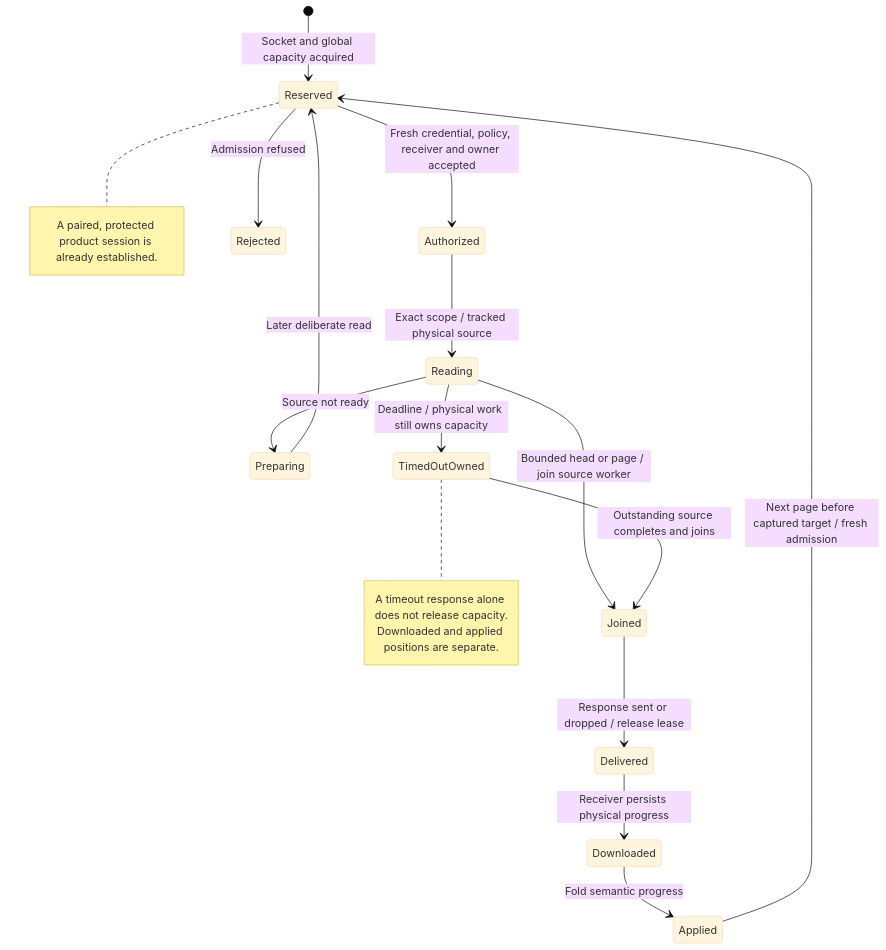
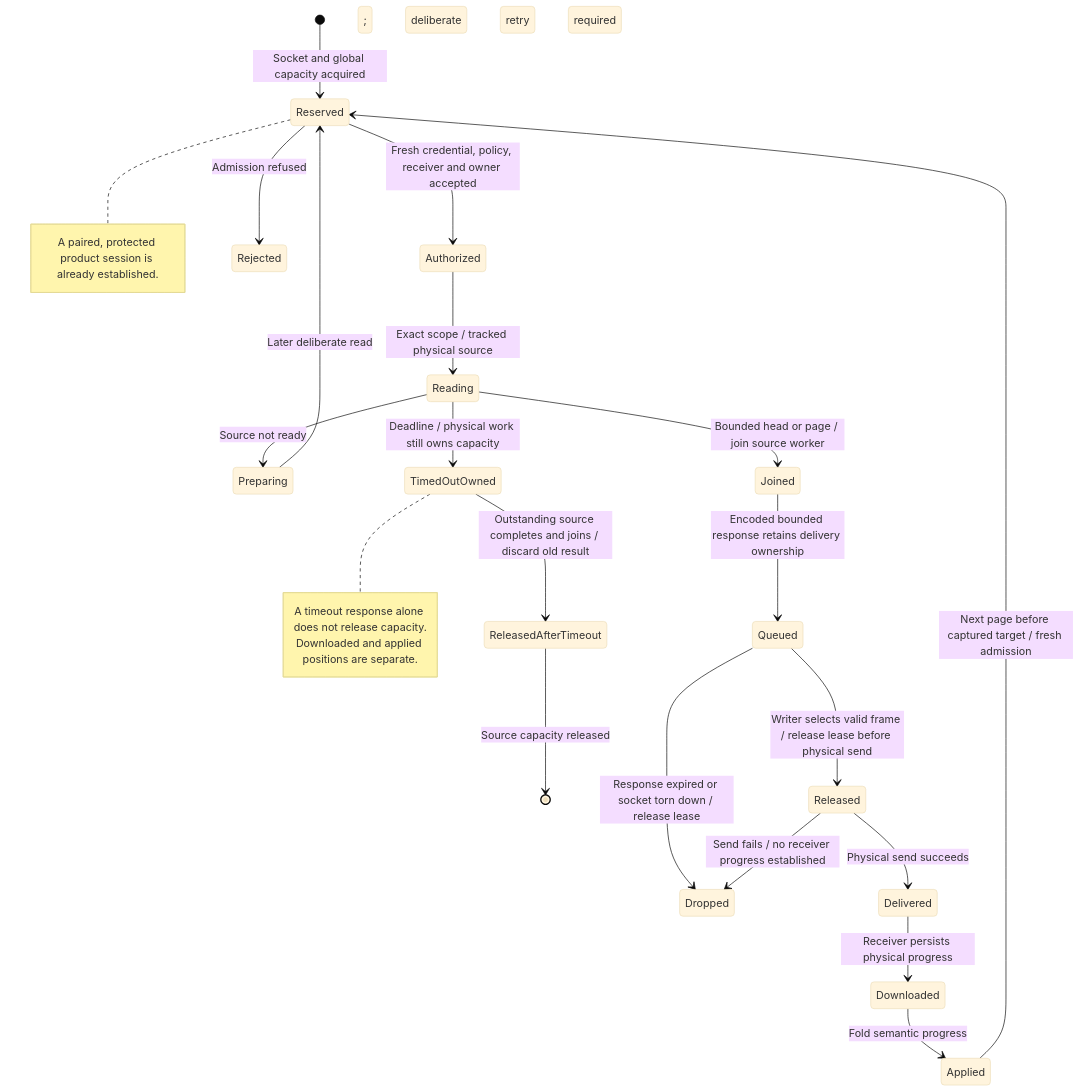
One commit to nessalabs/nessa-agent changed the diagram in docs/state/services/sdk/runtime/an-authorized-receiver-reads-physical-history-without-opening-an-agent.md. Above: the diagram before and after it, drawn with Mermaid (base theme). The commit also changed other lines of this file and 16 other files, not shown here.

Commit message:
docs: reconcile state diagrams with current main lifecycles

````diff
--- a/docs/state/services/sdk/runtime/an-authorized-receiver-reads-physical-history-without-opening-an-agent.md
+++ b/docs/state/services/sdk/runtime/an-authorized-receiver-reads-physical-history-without-opening-an-agent.md
@@ -41,23 +44,28 @@
 ```mermaid
 stateDiagram-v2
     [*] --> Reserved: Socket and global capacity acquired
     Reserved --> Authorized: Fresh credential, policy, receiver and owner accepted
     Reserved --> Rejected: Admission refused
     Authorized --> Reading: Exact scope / tracked physical source
     Reading --> Preparing: Source not ready
     Reading --> Joined: Bounded head or page / join source worker
     Reading --> TimedOutOwned: Deadline / physical work still owns capacity
-    TimedOutOwned --> Joined: Outstanding source completes and joins
-    Joined --> Delivered: Response sent or dropped / release lease
+    TimedOutOwned --> ReleasedAfterTimeout: Outstanding source completes and joins / discard old result
+    ReleasedAfterTimeout --> [*]: Source capacity released; deliberate retry required
+    Joined --> Queued: Encoded bounded response retains delivery ownership
+    Queued --> Released: Writer selects valid frame / release lease before physical send
+    Queued --> Dropped: Response expired or socket torn down / release lease
+    Released --> Delivered: Physical send succeeds
+    Released --> Dropped: Send fails / no receiver progress established
     Delivered --> Downloaded: Receiver persists physical progress
     Downloaded --> Applied: Fold semantic progress
     Applied --> Reserved: Next page before captured target / fresh admission
     Preparing --> Reserved: Later deliberate read
     note right of Reserved
         A paired, protected product session is already established.
     end note
     note right of TimedOutOwned
         A timeout response alone does not release capacity.
         Downloaded and applied positions are separate.
     end note
 ```
````
